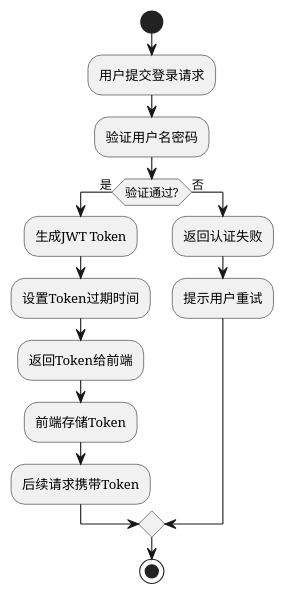
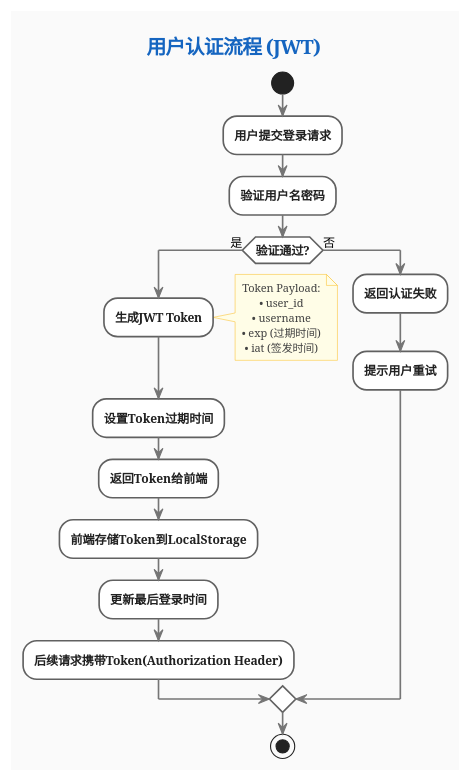
The tenth of 15 diagrams in docs/系统图表集.md (223nobody/TyphoonAnalysis), drawn with PlantUML before and after one commit. The commit also changed other lines of this file and 15 other files, not shown here.

Commit message:
feat:新增plantuml图表

````diff
--- a/docs/系统图表集.md
+++ b/docs/系统图表集.md
@@ -330,18 +1225,69 @@
 ```plantuml
 @startuml
+skinparam backgroundColor #FAFAFA
+skinparam defaultTextAlignment center
+
+skinparam activity {
+BackgroundColor #FFFFFF
+BorderColor #616161
+BorderThickness 1.5
+ArrowColor #757575
+ArrowThickness 1.5
+FontColor #212121
+FontSize 11
+FontStyle bold
+}
+
+skinparam diamond {
+BackgroundColor #FFF8E1
+BorderColor #F57C00
+BorderThickness 1.5
+FontColor #424242
+FontSize 11
+FontStyle bold
+}
+
+skinparam title {
+FontSize 18
+FontStyle bold
+FontColor #1565C0
+}
+
+skinparam note {
+BackgroundColor #FFFDE7
+BorderColor #FBC02D
+FontColor #424242
+FontSize 10
+}
+
+title 用户认证流程 (JWT)
+
 start
+
 :用户提交登录请求;
 :验证用户名密码;
+
 if (验证通过?) then (是)
 :生成JWT Token;
+note right
+Token Payload:
+• user_id
+• username
+• exp (过期时间)
+• iat (签发时间)
+end note
+
 :设置Token过期时间;
 :返回Token给前端;
-:前端存储Token;
-:后续请求携带Token;
+:前端存储Token到LocalStorage;
+:更新最后登录时间;
+:后续请求携带Token(Authorization Header);
 else (否)
 :返回认证失败;
 :提示用户重试;
 endif
+
 stop
+
 @enduml
 ```
````
